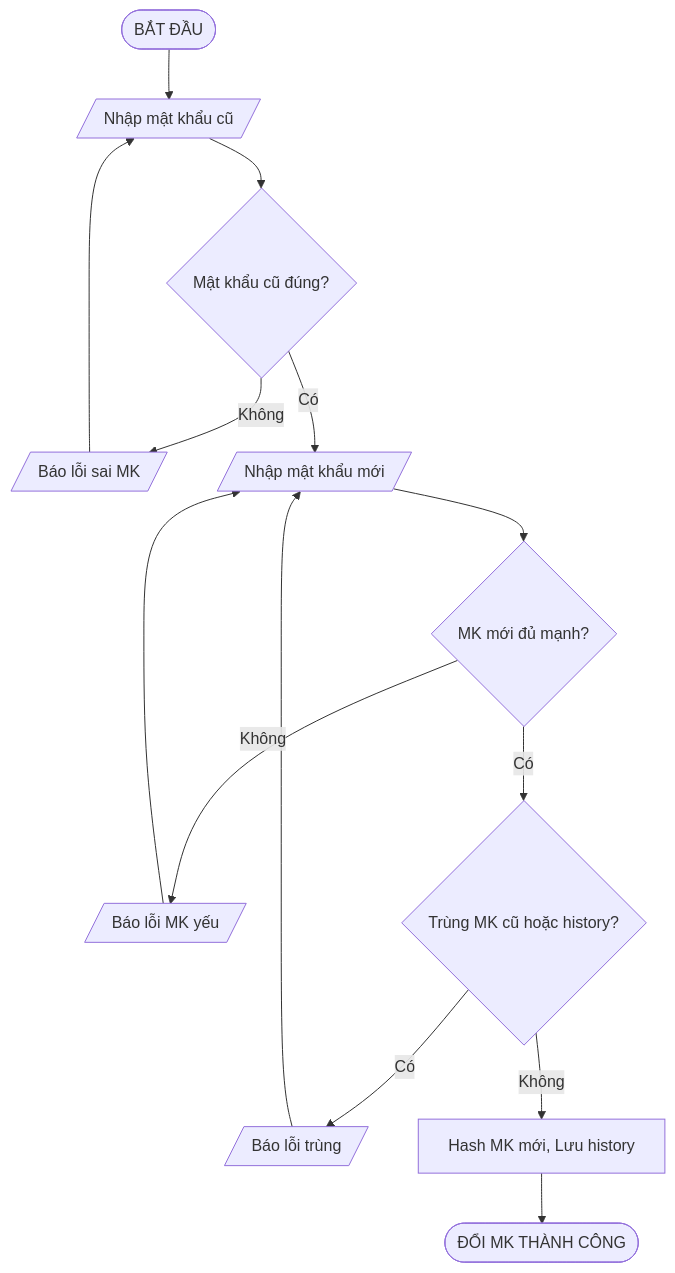
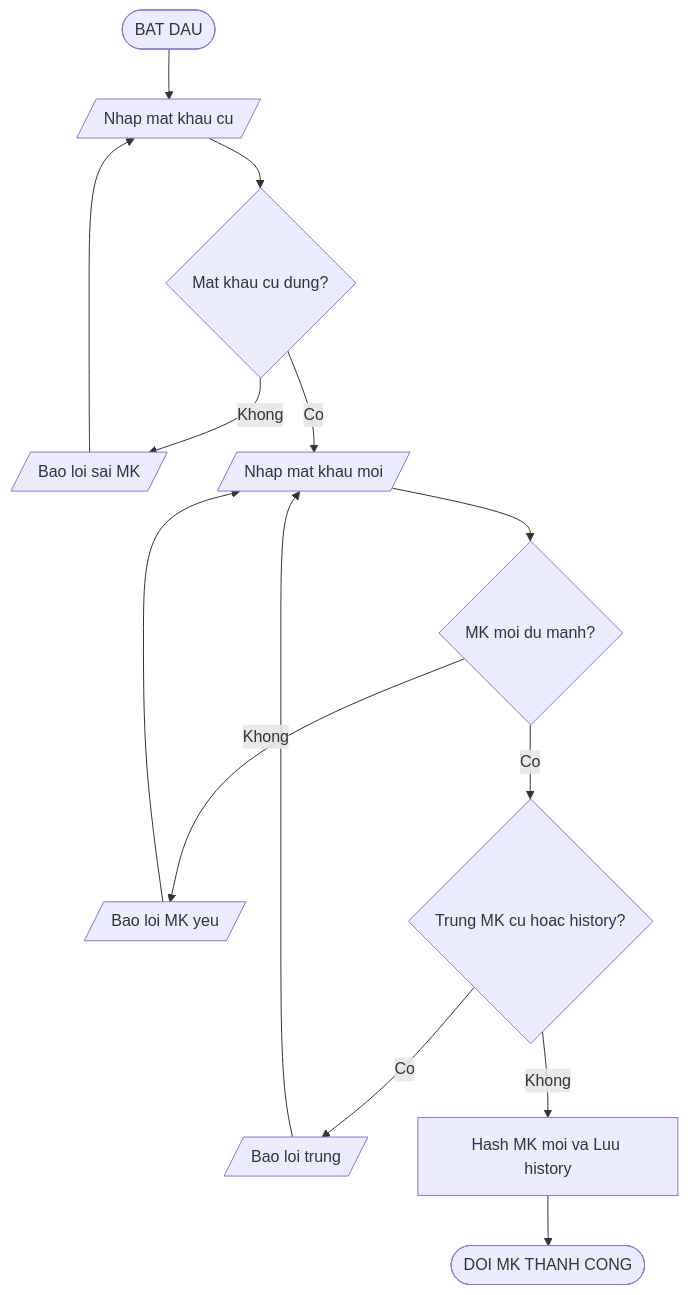
The seventh of 20 diagrams in docs/Flowcharts/Flowcharts.md (phucphuc2006/pro-192), drawn with Mermaid before and after one commit. The commit also changed other lines of this file, not shown here.

Commit message:
Fix Mermaid syntax for GitHub compatibility

````diff
--- a/docs/Flowcharts/Flowcharts.md
+++ b/docs/Flowcharts/Flowcharts.md
@@ -124,16 +124,16 @@
 ```mermaid
 flowchart TD
-    A([BẮT ĐẦU]) --> B[/Nhập mật khẩu cũ/]
-    B --> C{Mật khẩu cũ đúng?}
-    C -->|Không| D[/Báo lỗi sai MK/]
+    A([BAT DAU]) --> B[/Nhap mat khau cu/]
+    B --> C{Mat khau cu dung?}
+    C -->|Khong| D[/Bao loi sai MK/]
     D --> B
-    C -->|Có| E[/Nhập mật khẩu mới/]
-    E --> F{MK mới đủ mạnh?}
-    F -->|Không| G[/Báo lỗi MK yếu/]
+    C -->|Co| E[/Nhap mat khau moi/]
+    E --> F{MK moi du manh?}
+    F -->|Khong| G[/Bao loi MK yeu/]
     G --> E
-    F -->|Có| H{Trùng MK cũ hoặc history?}
-    H -->|Có| I[/Báo lỗi trùng/]
+    F -->|Co| H{Trung MK cu hoac history?}
+    H -->|Co| I[/Bao loi trung/]
     I --> E
-    H -->|Không| J[Hash MK mới, Lưu history]
-    J --> K([ĐỔI MK THÀNH CÔNG])
+    H -->|Khong| J[Hash MK moi va Luu history]
+    J --> K([DOI MK THANH CONG])
 ```
````
